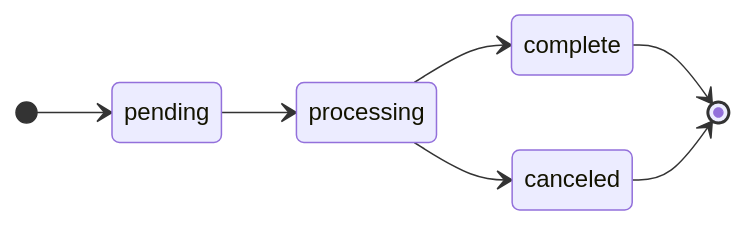
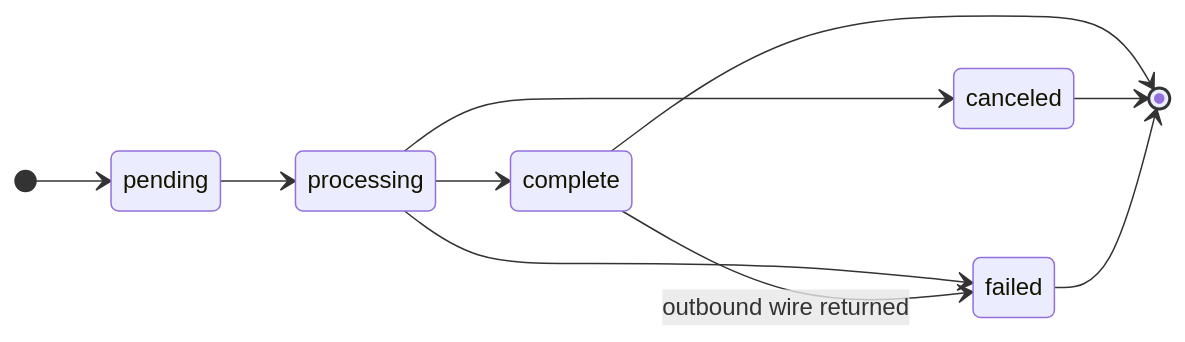
The diagram in documentation/platform/transfer-timing.mdx (Brale-xyz/docs), drawn with Mermaid before and after one commit. The commit also changed other lines of this file and 6 other files, not shown here.

Commit message:
Document outbound domestic wire returns (#190)

````diff
--- a/documentation/platform/transfer-timing.mdx
+++ b/documentation/platform/transfer-timing.mdx
@@ -152,10 +152,13 @@
 ```mermaid
 stateDiagram-v2
     direction LR
     [*] --> pending
     pending --> processing
     processing --> complete
     processing --> canceled
+    processing --> failed
+    complete --> failed: outbound wire returned
     complete --> [*]
     canceled --> [*]
+    failed --> [*]
 ```
````
